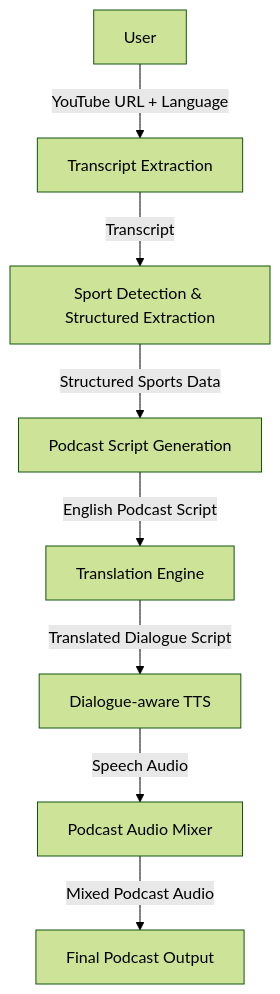
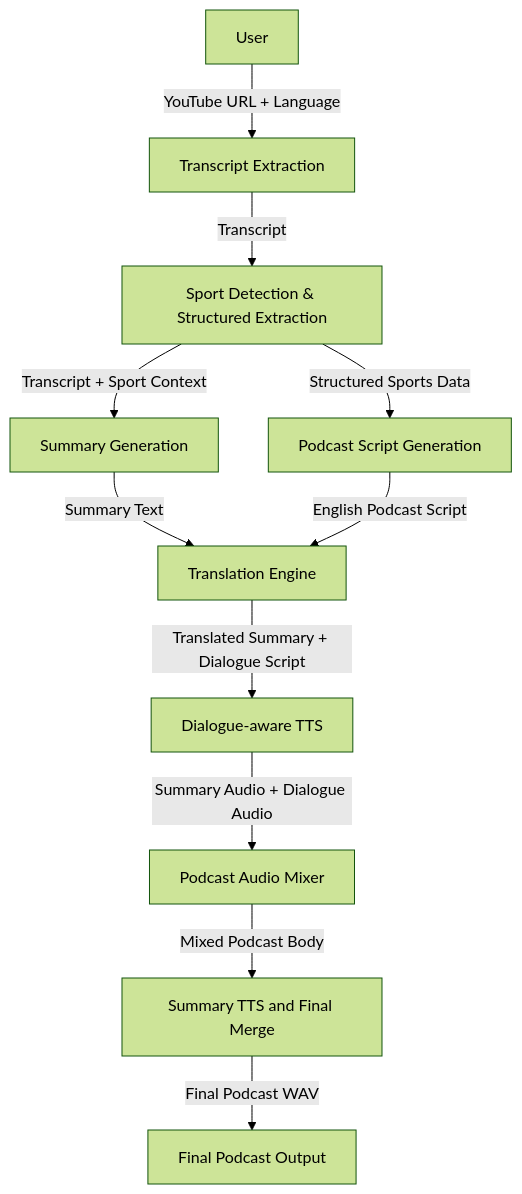
One commit to sahaniom/Podcast-Generator changed the second of 5 diagrams in docs/5_dfd.md. Above: the diagram before and after it, drawn with Mermaid (forest theme). The commit also changed other lines of this file and 4 other files, not shown here.

````diff
--- a/docs/5_dfd.md
+++ b/docs/5_dfd.md
@@ -45,27 +45,32 @@
 ```mermaid
 flowchart TD
 
     User[User]
 
     A[Transcript Extraction]
     B[Sport Detection & Structured Extraction]
-    C[Podcast Script Generation]
-    D[Translation Engine]
-    E[Dialogue-aware TTS]
-    F[Podcast Audio Mixer]
-    G[Final Podcast Output]
+    C[Summary Generation]
+    D[Podcast Script Generation]
+    E[Translation Engine]
+    F[Dialogue-aware TTS]
+    G[Podcast Audio Mixer]
+    H[Summary TTS and Final Merge]
+    I[Final Podcast Output]
 
     User -->|YouTube URL + Language| A
 
     A -->|Transcript| B
 
-    B -->|Structured Sports Data| C
+    B -->|Transcript + Sport Context| C
 
-    C -->|English Podcast Script| D
+    B -->|Structured Sports Data| D
 
-    D -->|Translated Dialogue Script| E
+    C -->|Summary Text| E
+    D -->|English Podcast Script| E
 
-    E -->|Speech Audio| F
+    E -->|Translated Summary + Dialogue Script| F
 
-    F -->|Mixed Podcast Audio| G
+    F -->|Summary Audio + Dialogue Audio| G
+    G -->|Mixed Podcast Body| H
+    H -->|Final Podcast WAV| I
 ```
````
